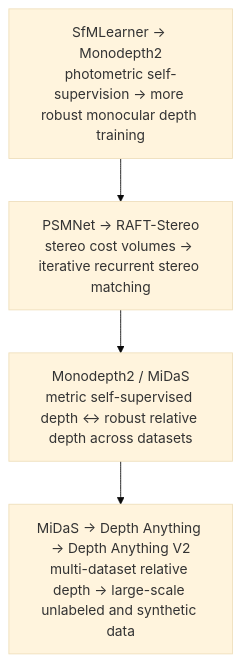
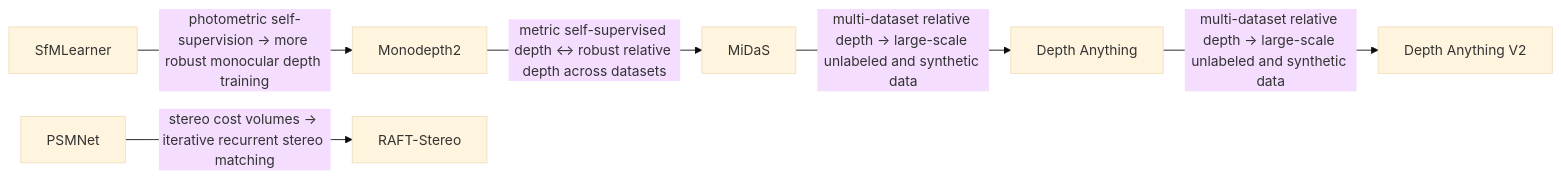
Before and after one commit to SechanOh/awesome-multimodal-perception: the fifth of 15 diagrams in README.md, drawn with Mermaid (base theme). The commit also changed other lines of this file, not shown here.

Commit message:
Refine field evolution diagrams

````diff
--- a/README.md
+++ b/README.md
@@ -183,8 +203,15 @@
 ```mermaid
-flowchart TD
-    step1["SfMLearner → Monodepth2<br/>photometric self-supervision → more robust monocular depth training"]
-    step2["PSMNet → RAFT-Stereo<br/>stereo cost volumes → iterative recurrent stereo matching"]
-    step3["Monodepth2 / MiDaS<br/>metric self-supervised depth ↔ robust relative depth across datasets"]
-    step4["MiDaS → Depth Anything → Depth Anything V2<br/>multi-dataset relative depth → large-scale unlabeled and synthetic data"]
-    step1 --> step2 --> step3 --> step4
+flowchart LR
+    s4n1["SfMLearner"]
+    s4n2["Monodepth2"]
+    s4n3["PSMNet"]
+    s4n4["RAFT-Stereo"]
+    s4n5["MiDaS"]
+    s4n6["Depth Anything"]
+    s4n7["Depth Anything V2"]
+    s4n1 -->|"photometric self-supervision → more robust monocular depth training"| s4n2
+    s4n3 -->|"stereo cost volumes → iterative recurrent stereo matching"| s4n4
+    s4n2 -->|"metric self-supervised depth ↔ robust relative depth across datasets"| s4n5
+    s4n5 -->|"multi-dataset relative depth → large-scale unlabeled and synthetic data"| s4n6
+    s4n6 -->|"multi-dataset relative depth → large-scale unlabeled and synthetic data"| s4n7
 ```
````
